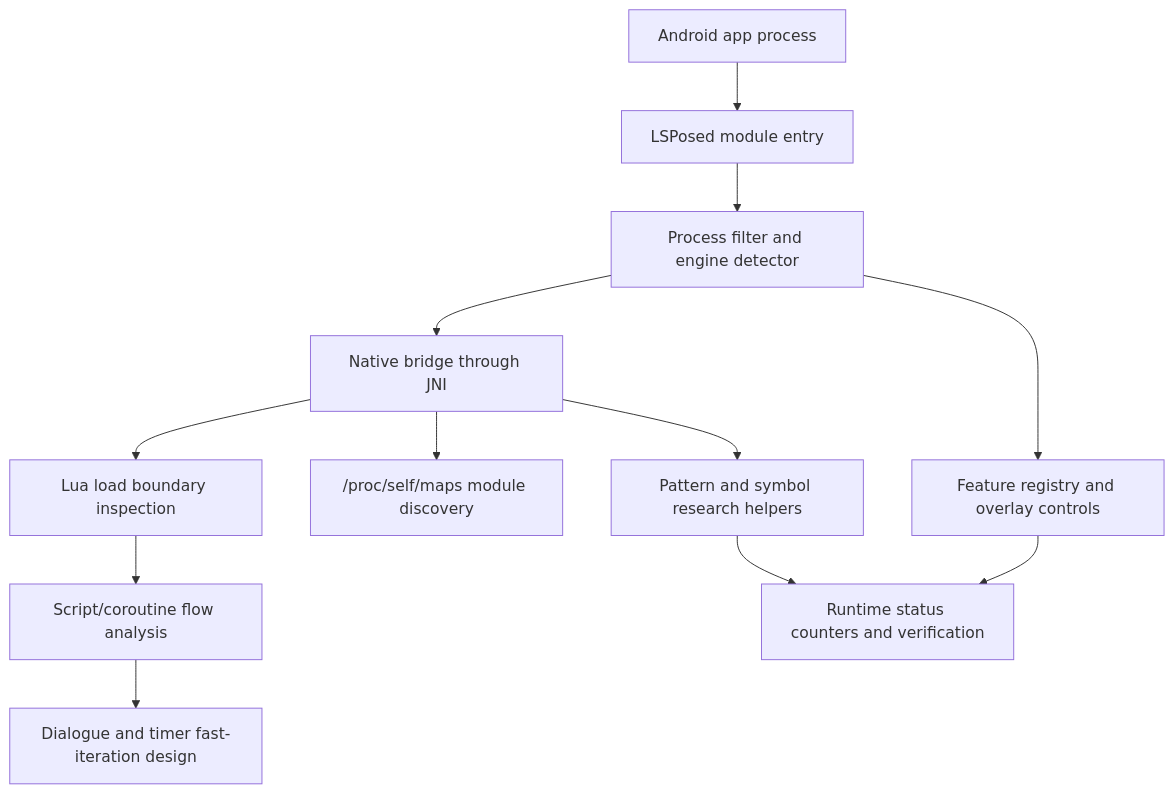
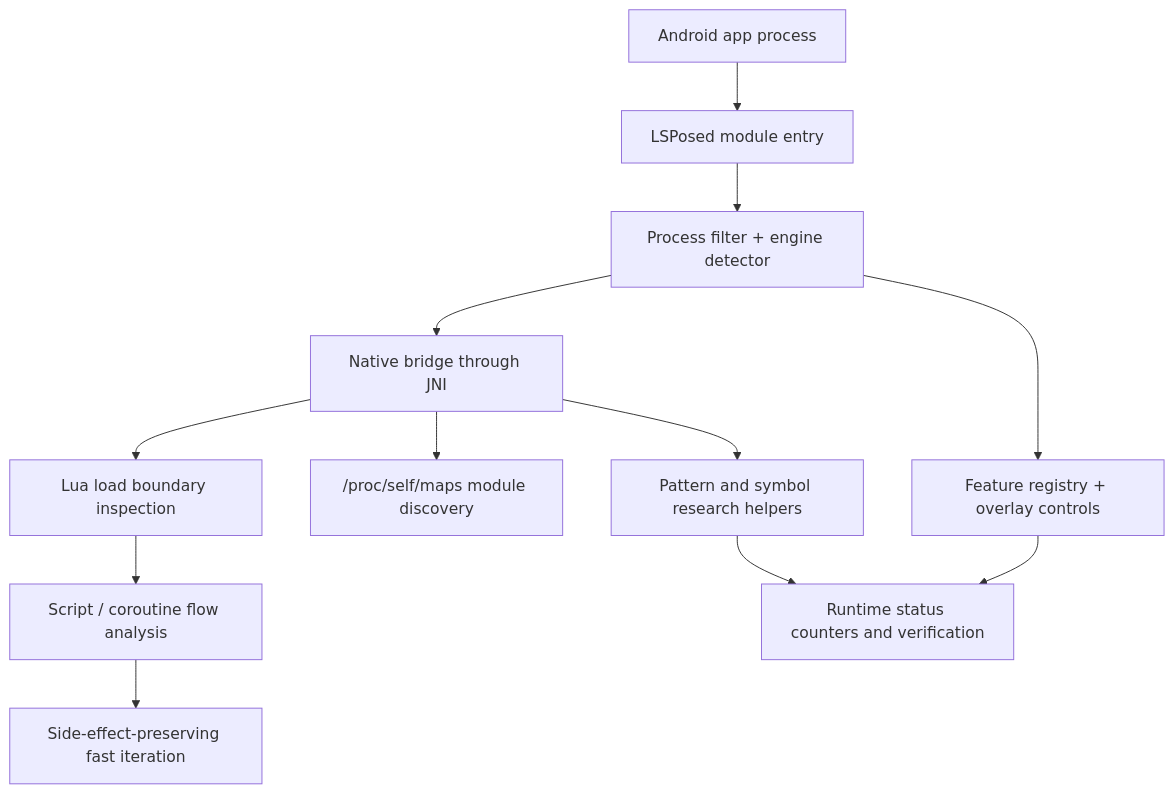
One commit to Jordan231111/ae-pcd-stamp-tracer-public changed the diagram in README.md. Above: the diagram before and after it, drawn with Mermaid. The commit also changed other lines of this file, not shown here.

Commit message:
Rewrite case study README: clarify Cocos runtime-hook framing, remove broken docs/technical-architecture link

````diff
--- a/README.md
+++ b/README.md
@@ -12,14 +9,14 @@
 ```mermaid
 flowchart TD
     A["Android app process"] --> B["LSPosed module entry"]
-    B --> C["Process filter and engine detector"]
-    C --> D["Feature registry and overlay controls"]
+    B --> C["Process filter + engine detector"]
+    C --> D["Feature registry + overlay controls"]
     C --> E["Native bridge through JNI"]
     E --> F["/proc/self/maps module discovery"]
     E --> G["Pattern and symbol research helpers"]
     E --> H["Lua load boundary inspection"]
-    H --> I["Script/coroutine flow analysis"]
-    I --> J["Dialogue and timer fast-iteration design"]
+    H --> I["Script / coroutine flow analysis"]
+    I --> J["Side-effect-preserving fast iteration"]
     G --> K["Runtime status counters and verification"]
     D --> K
 ```
````
